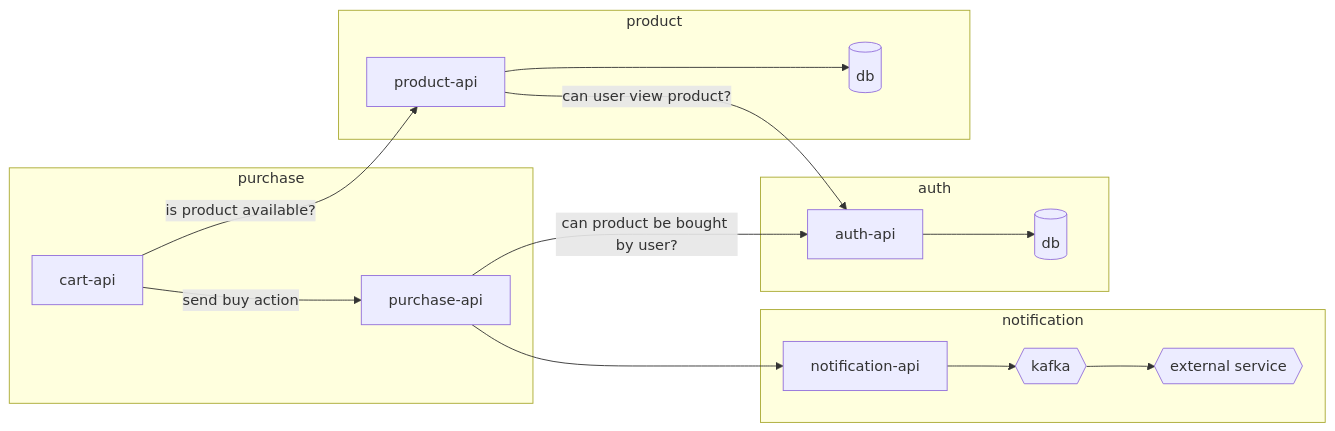
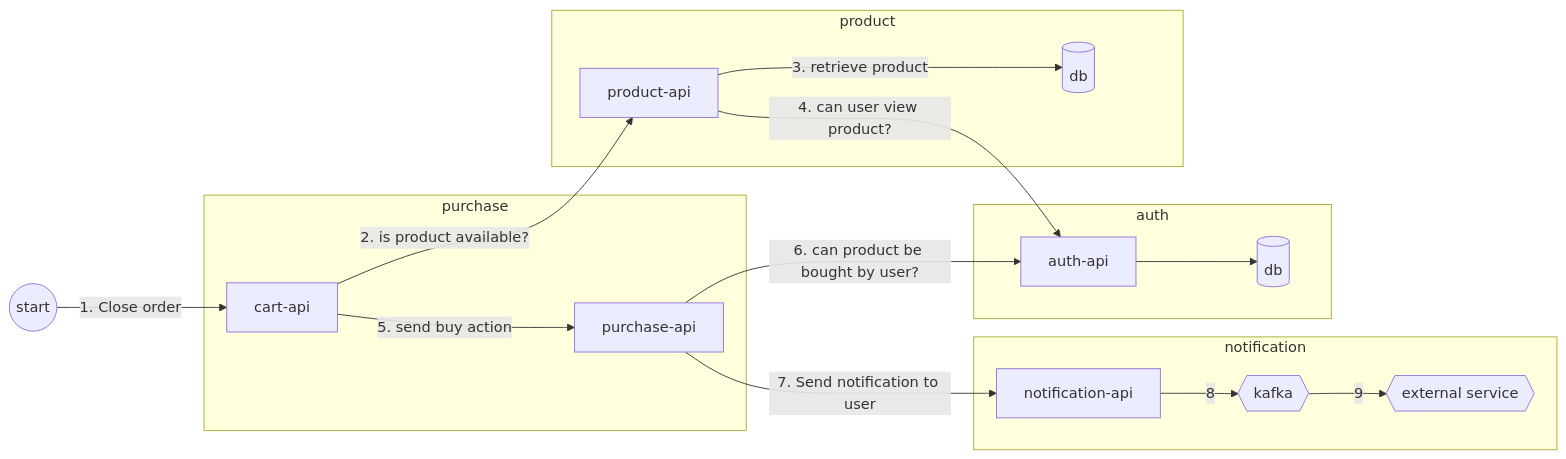
The first of 12 diagrams in docs/advanced-selectors.md (kubeshop/tracetest), drawn with Mermaid before and after one commit.

Commit message:
doc: add numbers on flowchart

````diff
--- a/docs/advanced-selectors.md
+++ b/docs/advanced-selectors.md
@@ -9,31 +9,33 @@
 ```mermaid
 flowchart LR
+    start((start))
     subgraph purchase
         cart-api
         purchase-api
     end
     subgraph auth
         auth-api
         auth-storage[(db)]
     end
     subgraph product
         product-api
         product-storage[(db)]
     end
     subgraph notification
         notification-api
         kafka{{kafka}}
         external-notification-service{{external service}}
     end
 
-    cart-api-->|send buy action| purchase-api
-    purchase-api --> notification-api
-    purchase-api -->|can product be bought by user?| auth-api
+    start -->|1. Close order| cart-api
+    cart-api-->|5. send buy action| purchase-api
+    purchase-api --> |7. Send notification to user|notification-api
+    purchase-api -->|6. can product be bought by user?| auth-api 
     auth-api --> auth-storage
-    cart-api -->|is product available?| product-api
-    product-api -->|can user view product?| auth-api
-    product-api -->product-storage
+    cart-api -->|2. is product available?| product-api
+    product-api -->|4. can user view product?| auth-api
+    product-api -->|3. retrieve product| product-storage
 
-    notification-api --> kafka
-    kafka --> external-notification-service
+    notification-api -->|8| kafka
+    kafka -->|9| external-notification-service
 ```
````
